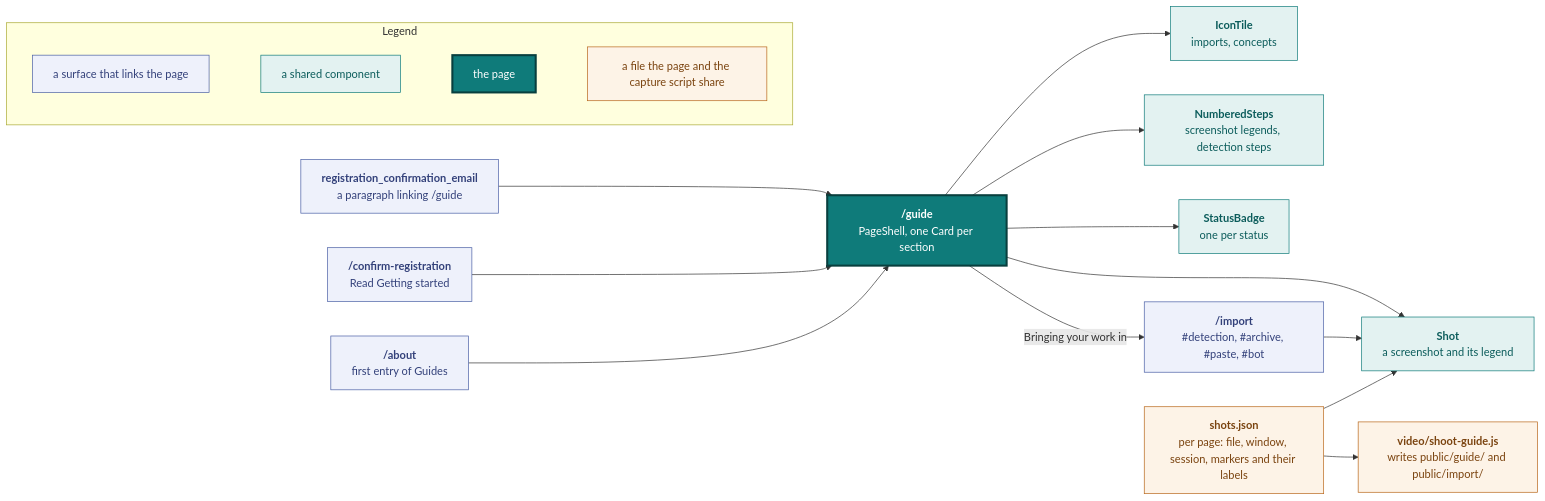
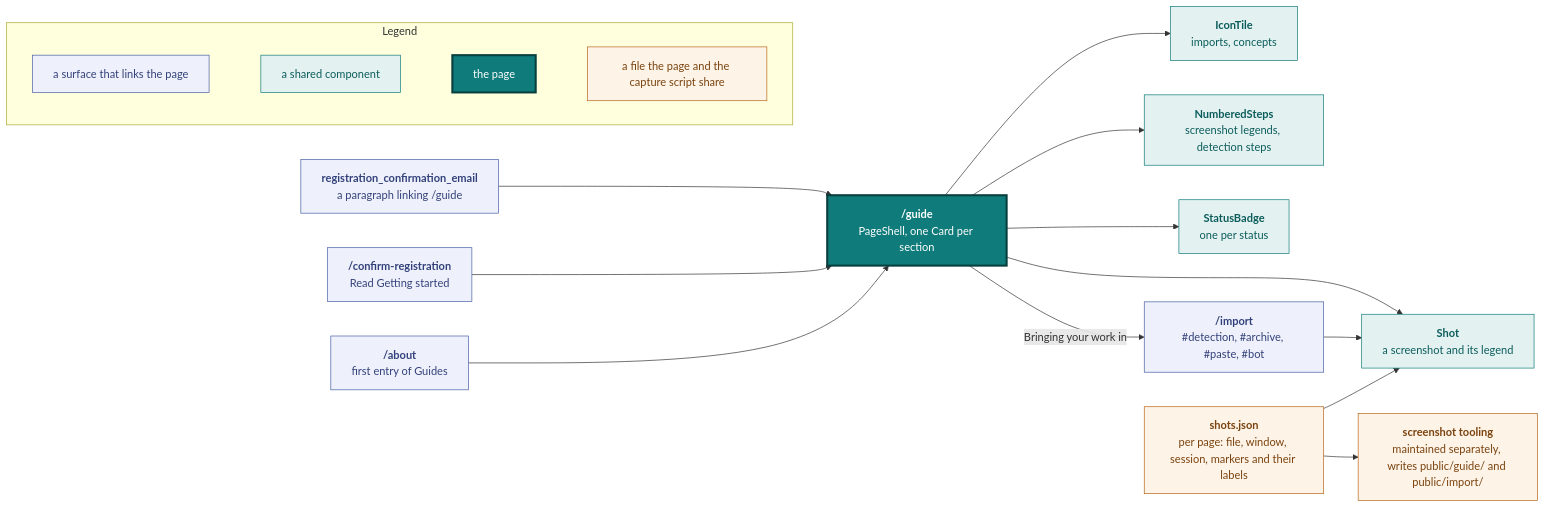
Before and after one commit to vidithq/vidit: the third of 12 diagrams in docs/design.md, drawn with Mermaid. The commit also changed other lines of this file and 48 other files, not shown here.

First line of the commit message:
chore: move the promo video and screenshot tooling out of the repository (#648)

````diff
--- a/docs/design.md
+++ b/docs/design.md
@@ -364,51 +364,51 @@
 ```mermaid
 flowchart LR
   classDef spec fill:#eef1fb,stroke:#4a5fa5,color:#33417a
   classDef shared fill:#e3f2f1,stroke:#0f7b7a,color:#0b5c5b
   classDef core fill:#0f7b7a,stroke:#083f3e,stroke-width:3px,color:#ffffff
   classDef data fill:#fdf3e7,stroke:#b8661a,color:#7a430f
 
   subgraph legend [Legend]
     direction LR
     l1["`a surface that links the page`"]:::spec
     l2["`a shared component`"]:::shared
     l3["`the page`"]:::core
     l4["`a file the page and the capture script share`"]:::data
     l1 ~~~ l2 ~~~ l3 ~~~ l4
   end
 
   email["`**registration_confirmation_email**
   a paragraph linking /guide`"]:::spec
   confirm["`**/confirm-registration**
   Read Getting started`"]:::spec
   about["`**/about**
   first entry of Guides`"]:::spec
   page["`**/guide**
   PageShell, one Card per section`"]:::core
   tiles["`**IconTile**
   imports, concepts`"]:::shared
   steps["`**NumberedSteps**
   screenshot legends, detection steps`"]:::shared
   badge["`**StatusBadge**
   one per status`"]:::shared
   shot["`**Shot**
   a screenshot and its legend`"]:::shared
   shots["`**shots.json**
   per page: file, window, session, markers and their labels`"]:::data
-  script["`**video/shoot-guide.js**
-  writes public/guide/ and public/import/`"]:::data
+  script["`**screenshot tooling**
+  maintained separately, writes public/guide/ and public/import/`"]:::data
   imp["`**/import**
   #detection, #archive, #paste, #bot`"]:::spec
 
   email --> page
   confirm --> page
   about --> page
   page --> tiles
   page --> steps
   page --> badge
   page --> shot
   imp --> shot
   shots --> shot
   shots --> script
   page -->|"Bringing your work in"| imp
 ```
````
